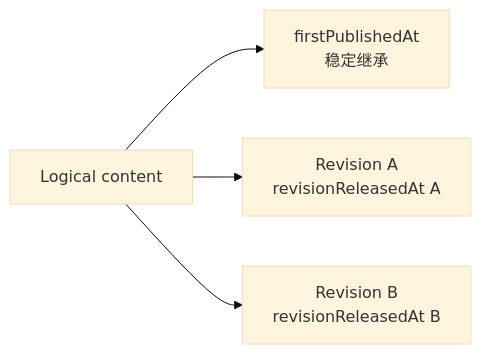
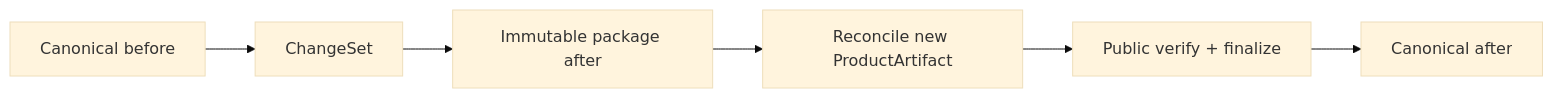
One commit to Chizheng4/xingbuild changed the diagram in docs/iterations/current.md. Above: the diagram before and after it, drawn with Mermaid (base theme). The commit also changed other lines of this file and 13 other files, not shown here.

Commit message:
feat: add kind-specific content lifecycle reconcile

````diff
--- a/docs/iterations/current.md
+++ b/docs/iterations/current.md
@@ -17,6 +17,8 @@
 ```mermaid
 flowchart LR
-    A["Logical content"] --> B["firstPublishedAt\n稳定继承"]
-    A --> C["Revision A\nrevisionReleasedAt A"]
-    A --> D["Revision B\nrevisionReleasedAt B"]
+    C["Canonical before"] --> CS["ChangeSet"]
+    CS --> P["Immutable package after"]
+    P --> R["Reconcile new ProductArtifact"]
+    R --> F["Public verify + finalize"]
+    F --> N["Canonical after"]
 ```
````
